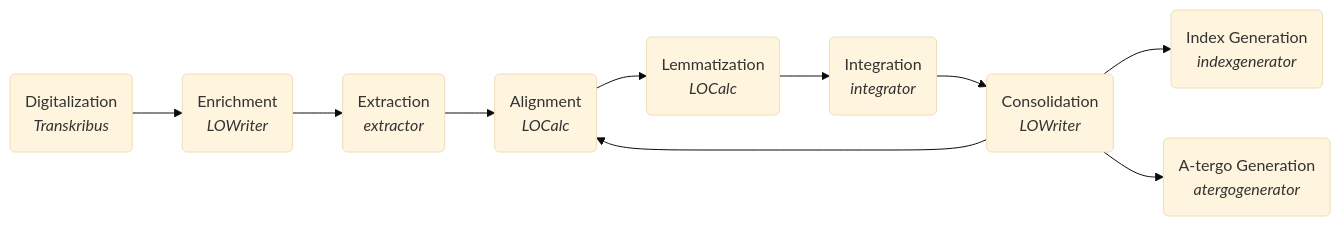
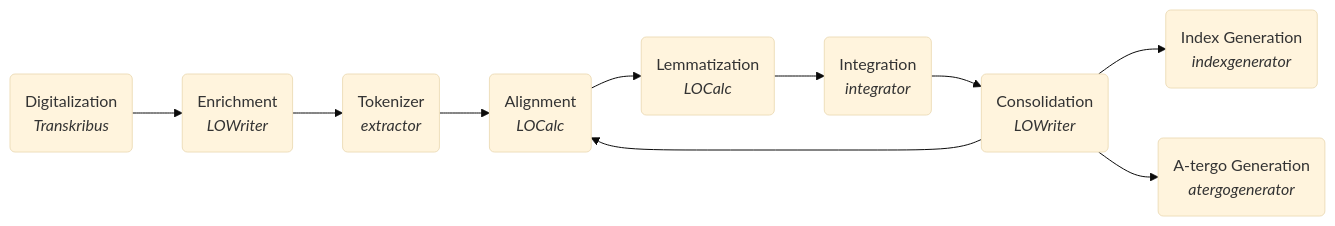
The diagram in README.md (mapto/UchitelnoEvangelie), drawn with Mermaid (base theme) before and after one commit.

Commit message:
What extractor does is actually tokenization

````diff
--- a/README.md
+++ b/README.md
@@ -18,11 +18,11 @@
 ```mermaid
 graph LR
     A(Digitalization<br/><i>Transkribus</i>) --> AA(Enrichment<br/><i>LOWriter</i>) 
-    AA --> B(Extraction<br/><i>extractor</i>)
+    AA --> B(Tokenizer<br/><i>extractor</i>)
     B --> C(Alignment<br/><i>LOCalc</i>)
     C --> D(Lemmatization<br/><i>LOCalc</i>)
     D --> E(Integration<br/><i>integrator</i>)
     E --> F(Consolidation<br/><i>LOWriter</i>)
     F --> C
     F --> G(Index Generation<br/><i>indexgenerator</i>) & H("A-tergo Generation<br/><i>atergogenerator</i>") 
 ```
````
